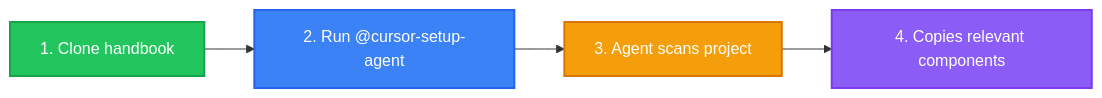
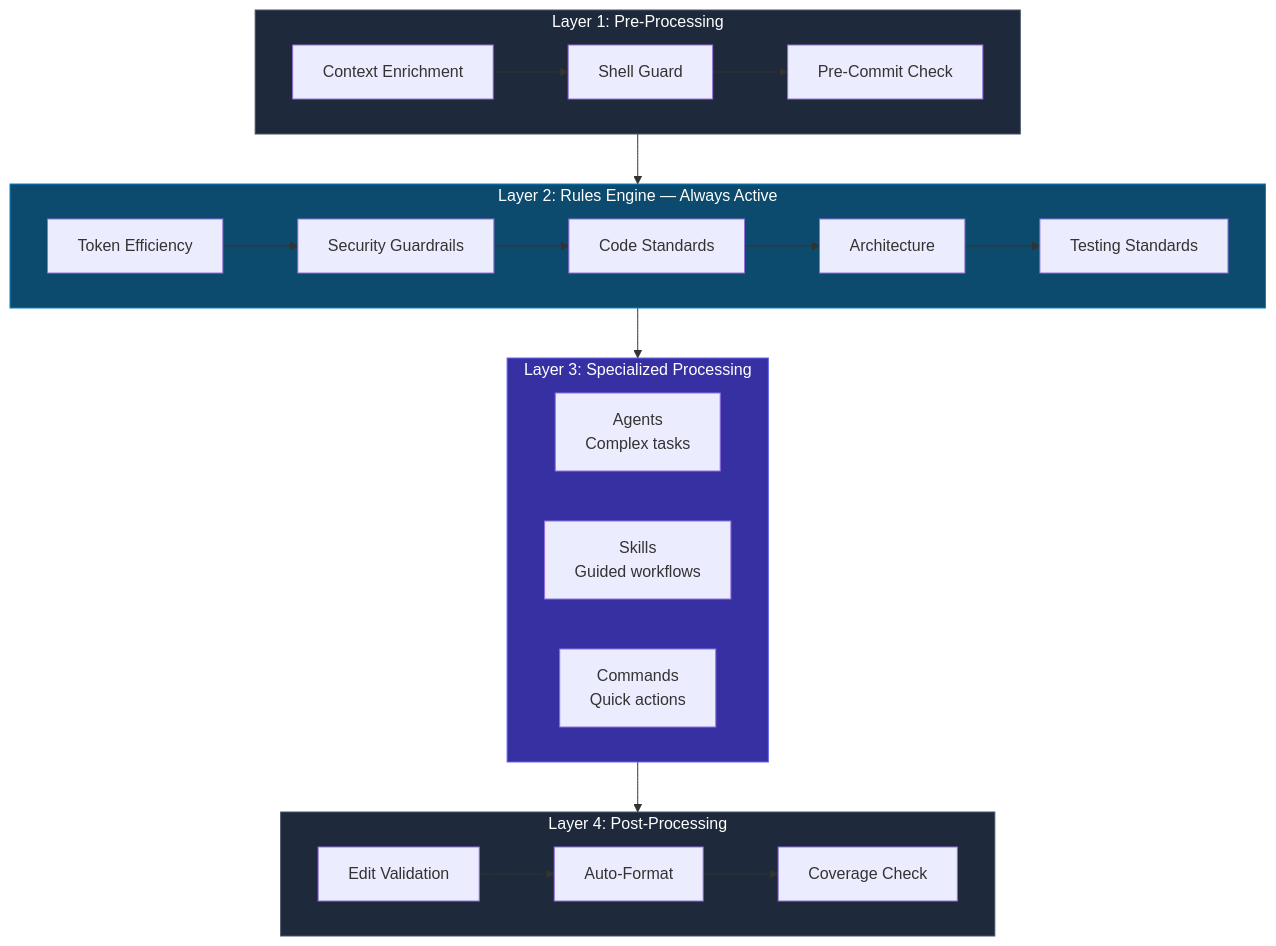
Before and after one commit to girijashankarj/cursor-handbook: the fifth of 11 diagrams in README.md, drawn with Mermaid. The commit also changed other lines of this file and 254 other files, not shown here.

````diff
--- a/README.md
+++ b/README.md
@@ -270,9 +344,32 @@
 ```mermaid
-graph LR
-    A["1. Clone handbook"] --> B["2. Run @cursor-setup-agent"] --> C["3. Agent scans project"] --> D["4. Copies relevant components"]
+graph TD
+    subgraph L1 ["Layer 1: Pre-Processing"]
+        direction LR
+        A1[Context Enrichment] --> A2[Shell Guard] --> A3[Pre-Commit Check]
+    end
 
-    style A fill:#22c55e,stroke:#16a34a,color:#fff,stroke-width:2px
-    style B fill:#3b82f6,stroke:#2563eb,color:#fff,stroke-width:2px
-    style C fill:#f59e0b,stroke:#d97706,color:#fff,stroke-width:2px
-    style D fill:#8b5cf6,stroke:#7c3aed,color:#fff,stroke-width:2px
+    subgraph L2 ["Layer 2: Rules Engine — Always Active"]
+        direction LR
+        B1[Token Efficiency] --> B2[Security Guardrails] --> B3[Code Standards]
+        B3 --> B4[Architecture] --> B5[Testing Standards]
+    end
+
+    subgraph L3 ["Layer 3: Specialized Processing"]
+        direction LR
+        C1[Agents<br/>Complex tasks]
+        C2[Skills<br/>Guided workflows]
+        C3[Commands<br/>Quick actions]
+    end
+
+    subgraph L4 ["Layer 4: Post-Processing"]
+        direction LR
+        D1[Edit Validation] --> D2[Auto-Format] --> D3[Coverage Check]
+    end
+
+    L1 --> L2 --> L3 --> L4
+
+    style L1 fill:#1e293b,stroke:#475569,color:#fff
+    style L2 fill:#0c4a6e,stroke:#0284c7,color:#fff
+    style L3 fill:#3730a3,stroke:#6366f1,color:#fff
+    style L4 fill:#1e293b,stroke:#475569,color:#fff
 ```
````
